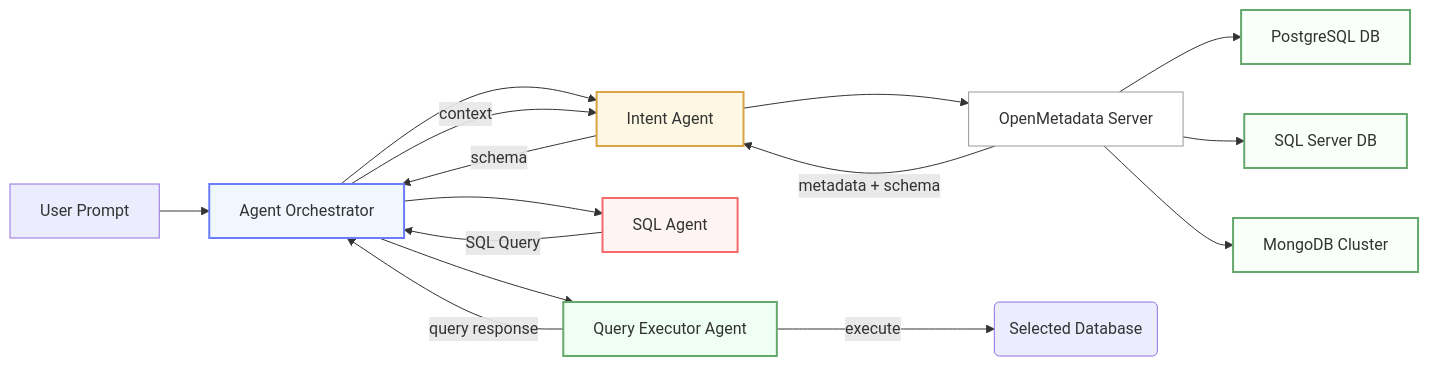
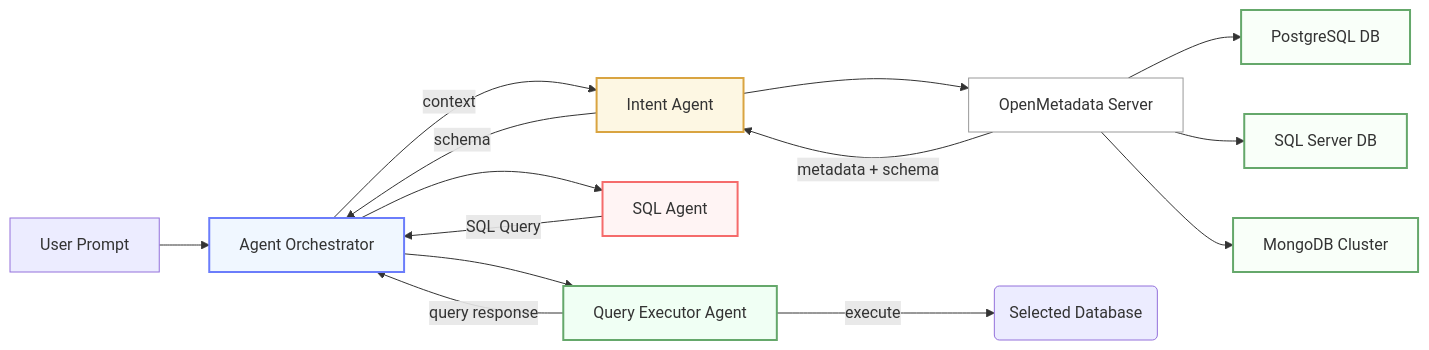
The first of 2 diagrams in OpenMetaDeta_TextToSQL.md (shrawanika-w/analysis-docs), drawn with Mermaid before and after one commit. The commit also changed other lines of this file, not shown here.

````diff
--- a/OpenMetaDeta_TextToSQL.md
+++ b/OpenMetaDeta_TextToSQL.md
@@ -73,31 +73,31 @@
 ```mermaid
 flowchart LR
     A[User Prompt] --> B[Agent Orchestrator]
 
-    B --> C[Intent Agent]
+    C[Intent Agent]
     C --> D[OpenMetadata Server]
     D --> E[PostgreSQL DB]
     D --> F[SQL Server DB]
     D --> G[MongoDB Cluster]
     B --> H[SQL Agent]
     B --> I[Query Executor Agent]
     J(Selected Database) 
 
 %% Data relationships
     B -->|context| C
     D -->|metadata + schema| C
     C -->|schema| B
     H -->|SQL Query| B
     I -->|query response| B
     I -->|execute| J
 
 %% Styling
     style B fill:#f0f7ff,stroke:#6b7dfb,stroke-width:2px
     style C fill:#fdf7e3,stroke:#d9a441,stroke-width:2px
     style H fill:#fff4f4,stroke:#f56b6b,stroke-width:2px
     style I fill:#f0fff4,stroke:#65a86b,stroke-width:2px
     style D fill:#ffffff,stroke:#999
     style E fill:#f9fff9,stroke:#65a86b,stroke-width:2px
     style F fill:#f9fff9,stroke:#65a86b,stroke-width:2px
     style G fill:#f9fff9,stroke:#65a86b,stroke-width:2px
 ```
````
